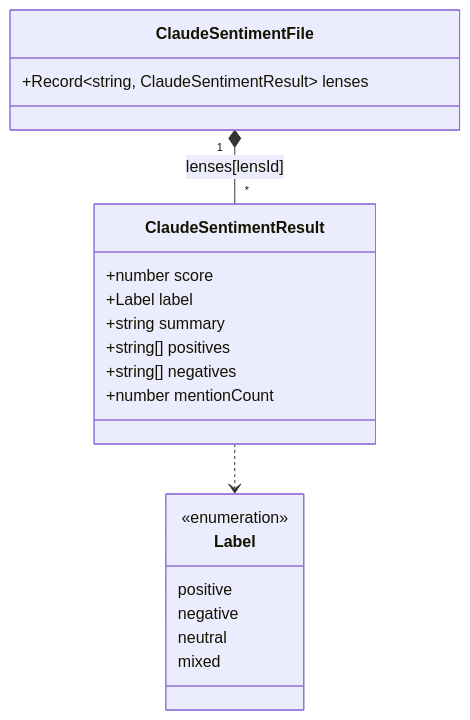
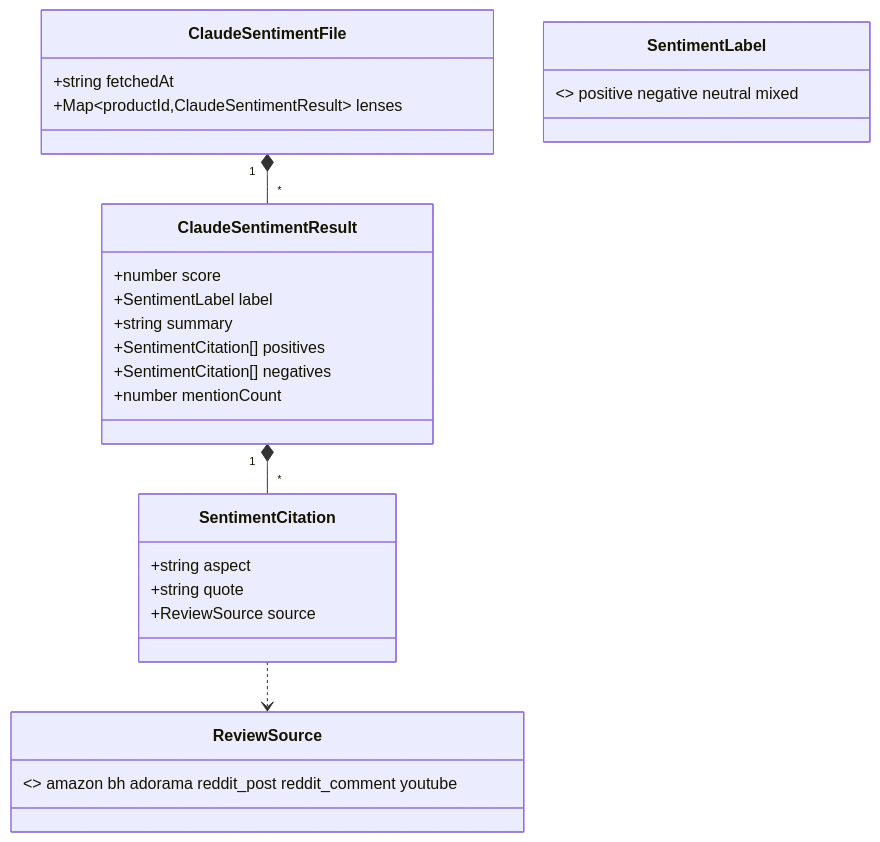
The sixth of 12 diagrams in docs/DATA_MODELS.md (kcflip/lenslook), drawn with Mermaid before and after one commit. The commit also changed other lines of this file and 78 other files, not shown here.

````diff
--- a/docs/DATA_MODELS.md
+++ b/docs/DATA_MODELS.md
@@ -143,26 +270,26 @@
 ```mermaid
 classDiagram
     class ClaudeSentimentFile {
-        +Record~string, ClaudeSentimentResult~ lenses
+        +string fetchedAt
+        +Map~productId,ClaudeSentimentResult~ lenses
     }
-
     class ClaudeSentimentResult {
         +number score
-        +Label label
+        +SentimentLabel label
         +string summary
-        +string[] positives
-        +string[] negatives
+        +SentimentCitation[] positives
+        +SentimentCitation[] negatives
         +number mentionCount
     }
+    class SentimentCitation {
+        +string aspect
+        +string quote
+        +ReviewSource source
+    }
+    class SentimentLabel { <<enumeration>> positive negative neutral mixed }
+    class ReviewSource { <<enumeration>> amazon bh adorama reddit_post reddit_comment youtube }
 
-    class Label {
-        <<enumeration>>
-        positive
-        negative
-        neutral
-        mixed
-    }
-
-    ClaudeSentimentFile "1" *-- "*" ClaudeSentimentResult : lenses[lensId]
-    ClaudeSentimentResult ..> Label
+    ClaudeSentimentFile "1" *-- "*" ClaudeSentimentResult
+    ClaudeSentimentResult "1" *-- "*" SentimentCitation
+    SentimentCitation ..> ReviewSource
 ```
````
